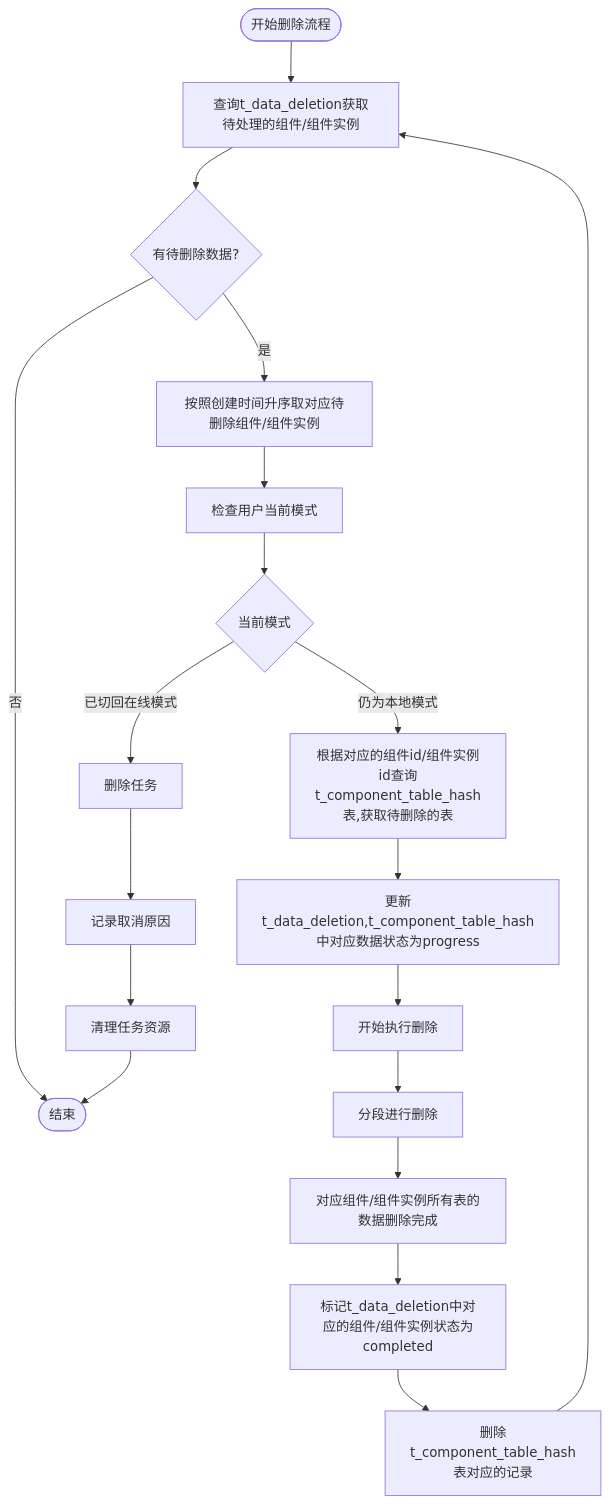
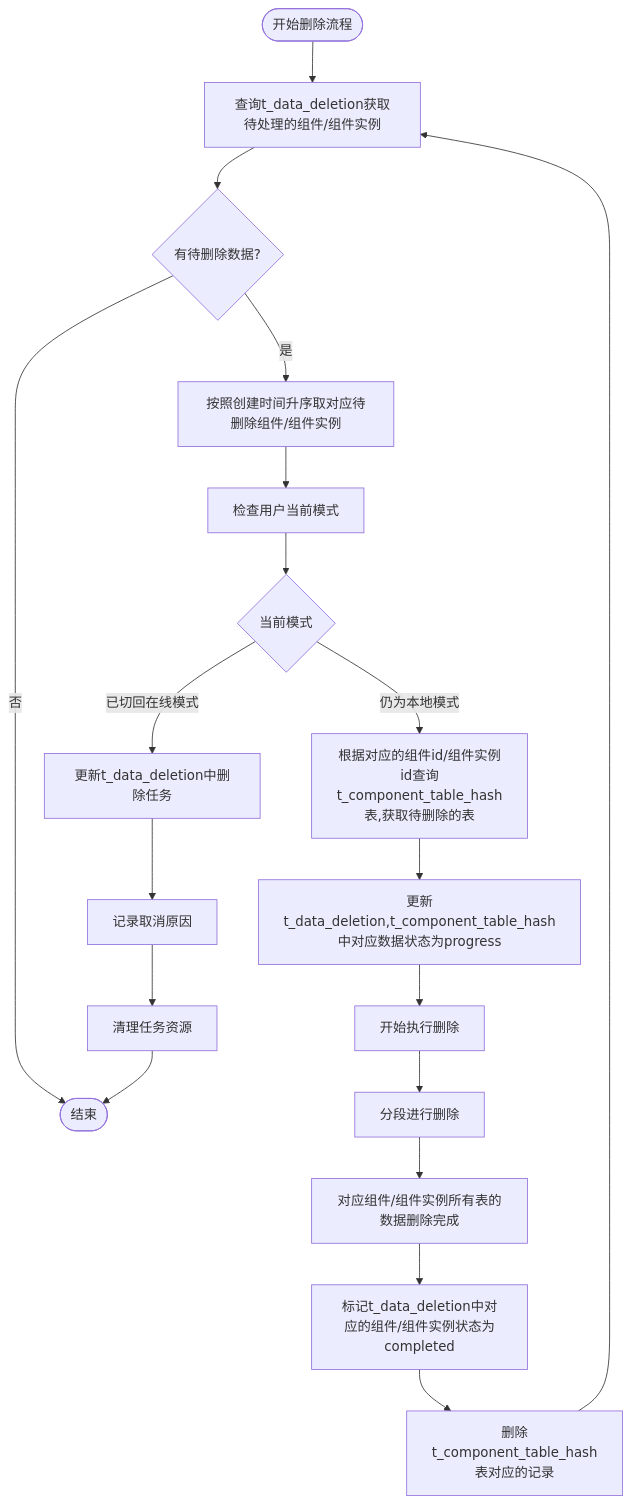
One commit to yingjianzh/iodraw-files changed the diagram in all/未命名-51.md. Above: the diagram before and after it, drawn with Mermaid.

Commit message:
2025-05-08 15:50:56 update

````diff
--- a/all/未命名-51.md
+++ b/all/未命名-51.md
@@ -1,30 +1,30 @@
 ```mermaid
 flowchart TD
     Start([开始删除流程]) --> FetchTasks[查询t_data_deletion获取待处理的组件/组件实例]
     FetchTasks --> HasTasks{有待删除数据?}
     
     HasTasks -->|否| End([结束])
     HasTasks -->|是| PrioritizeTasks[按照创建时间升序取对应待删除组件/组件实例]
     
     PrioritizeTasks --> CheckUserMode[检查用户当前模式]
     
     CheckUserMode --> CurrentMode{当前模式}
-    CurrentMode -->|已切回在线模式| TaskCancel[删除任务]
+    CurrentMode -->|已切回在线模式| TaskCancel[更新t_data_deletion中删除任务]
     CurrentMode -->|仍为本地模式| LockTask[根据对应的组件id/组件实例id查询t_component_table_hash表,获取待删除的表]
     
     LockTask --> UpdateStatus[更新t_data_deletion,t_component_table_hash中对应数据状态为progress]
     UpdateStatus --> BeginDeletion[开始执行删除]
     
     BeginDeletion --> A[分段进行删除]
     
     A --> B[对应组件/组件实例所有表的数据删除完成]
     B --> MarkCompleted[标记t_data_deletion中对应的组件/组件实例状态为completed]
     
     MarkCompleted --> MarkHash[删除t_component_table_hash表对应的记录]
     
     TaskCancel --> LogCancellation[记录取消原因]
     LogCancellation --> CleanupTask[清理任务资源]
     
     MarkHash --> FetchTasks
     CleanupTask --> End
 ```
````
